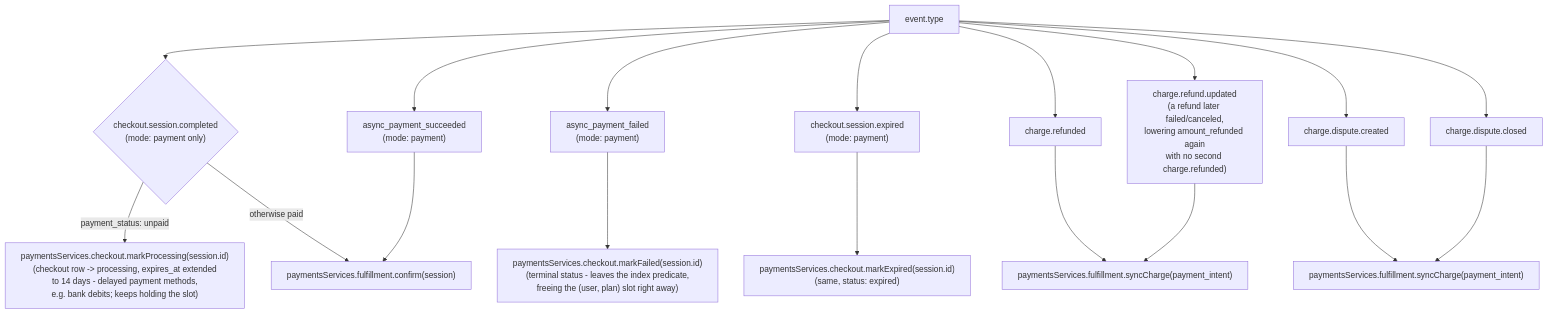
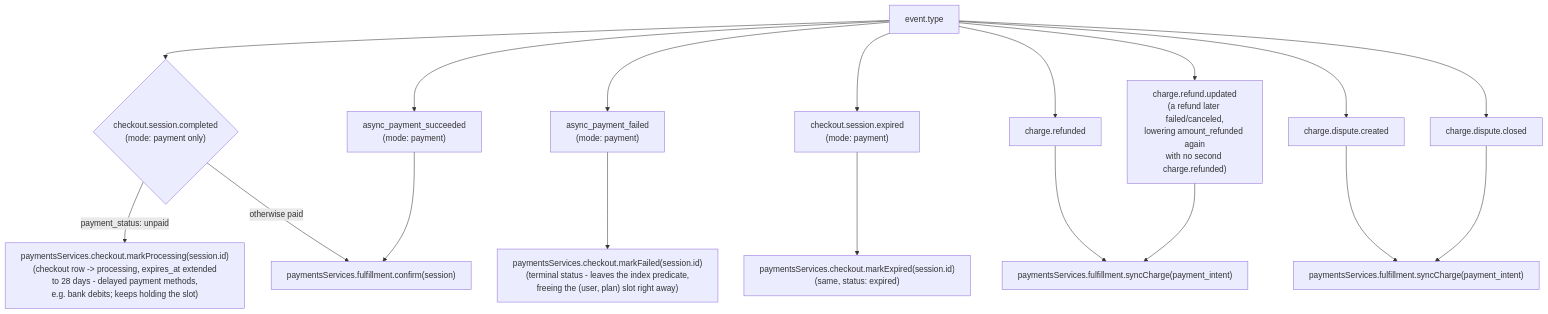
One commit to FranciscoAVD/backend changed the fourth of 9 diagrams in src/features/payments/CONTROL_FLOW.md. Above: the diagram before and after it, drawn with Mermaid. The commit also changed other lines of this file, not shown here.

````diff
--- a/src/features/payments/CONTROL_FLOW.md
+++ b/src/features/payments/CONTROL_FLOW.md
@@ -245,15 +248,15 @@
 ```mermaid
 flowchart TD
     E["event.type"] --> CSC{"checkout.session.completed\n(mode: payment only)"}
-    CSC -- payment_status: unpaid --> MarkProcessing["paymentsServices.checkout.markProcessing(session.id)\n(checkout row -> processing, expires_at extended\nto 14 days - delayed payment methods,\ne.g. bank debits; keeps holding the slot)"]
+    CSC -- payment_status: unpaid --> MarkProcessing["paymentsServices.checkout.markProcessing(session.id)\n(checkout row -> processing, expires_at extended\nto 28 days - delayed payment methods,\ne.g. bank debits; keeps holding the slot)"]
     CSC -- otherwise paid --> Confirm["paymentsServices.fulfillment.confirm(session)"]
 
     E --> APS["async_payment_succeeded\n(mode: payment)"] --> Confirm
     E --> APF["async_payment_failed\n(mode: payment)"] --> MarkFailed["paymentsServices.checkout.markFailed(session.id)\n(terminal status - leaves the index predicate,\nfreeing the (user, plan) slot right away)"]
     E --> Exp["checkout.session.expired\n(mode: payment)"] --> MarkExpired["paymentsServices.checkout.markExpired(session.id)\n(same, status: expired)"]
 
     E --> Ref["charge.refunded"] --> SyncCharge1["paymentsServices.fulfillment.syncCharge(payment_intent)"]
     E --> RefU["charge.refund.updated\n(a refund later failed/canceled,\nlowering amount_refunded again\nwith no second charge.refunded)"] --> SyncCharge1
     E --> DispC["charge.dispute.created"] --> SyncCharge2["paymentsServices.fulfillment.syncCharge(payment_intent)"]
     E --> DispX["charge.dispute.closed"] --> SyncCharge2
 ```
````
